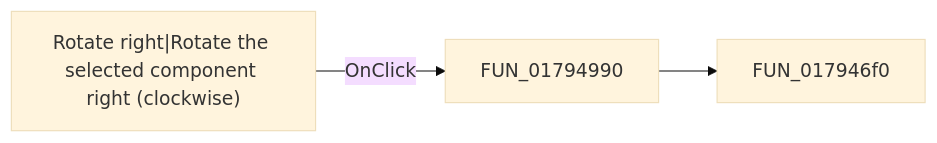
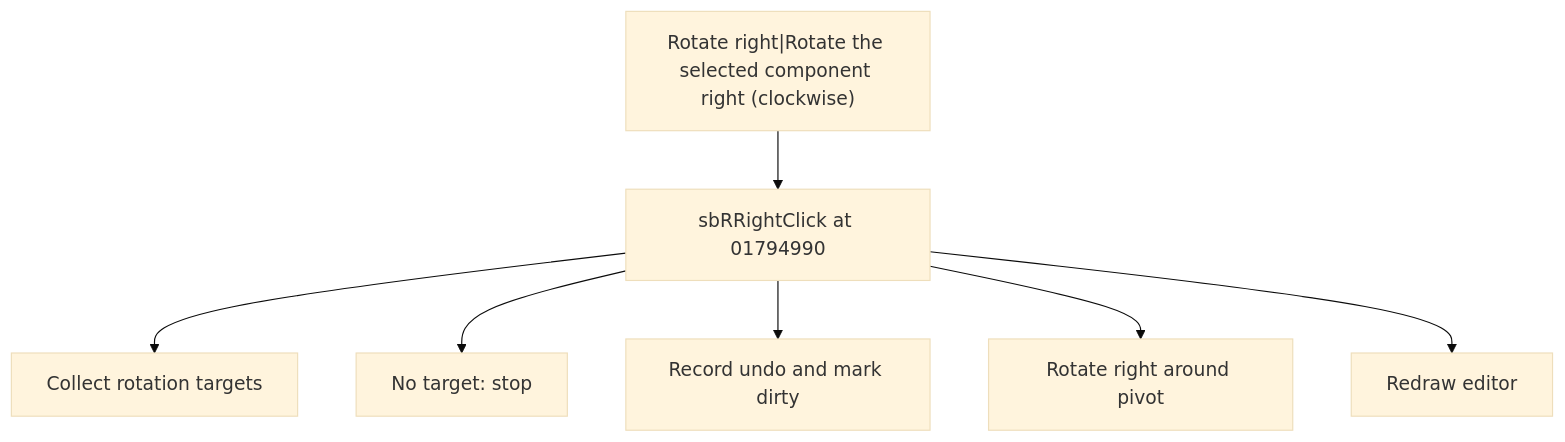
The diagram in docs/ui-controls/shapeedit/sbrright-742a083934.md (MovGP0/TIARA), drawn with Mermaid (base theme) before and after one commit. The commit also changed other lines of this file and 1062 other files, not shown here.

````diff
--- a/docs/ui-controls/shapeedit/sbrright-742a083934.md
+++ b/docs/ui-controls/shapeedit/sbrright-742a083934.md
@@ -27,5 +27,9 @@
 ```mermaid
-flowchart LR
-    control["Rotate right|Rotate the selected component right (clockwise)"] -->|OnClick| handler["FUN_01794990"]
-    handler --> call1["FUN_017946f0"]
+flowchart TD
+    control["Rotate right|Rotate the selected component right (clockwise)"] --> handler["sbRRightClick at 01794990"]
+    handler --> step1["Collect rotation targets"]
+    handler --> step2["No target: stop"]
+    handler --> step3["Record undo and mark dirty"]
+    handler --> step4["Rotate right around pivot"]
+    handler --> step5["Redraw editor"]
 ```
````
